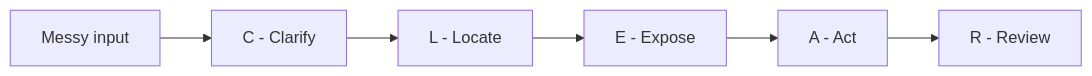
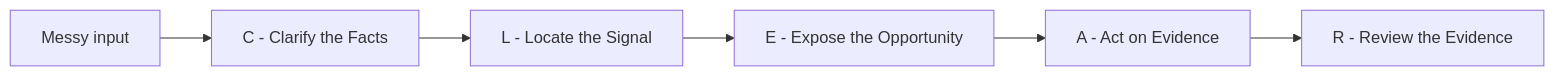
The diagram in README.md (fzfclee/signal-to-action-planner), drawn with Mermaid before and after one commit. The commit also changed other lines of this file and 7 other files, not shown here.

````diff
--- a/README.md
+++ b/README.md
@@ -22,8 +22,8 @@
 ```mermaid
 flowchart LR
-    A["Messy input"] --> C["C - Clarify"]
-    C --> L["L - Locate"]
-    L --> E["E - Expose"]
-    E --> ACT["A - Act"]
-    ACT --> R["R - Review"]
+    A["Messy input"] --> C["C - Clarify the Facts"]
+    C --> L["L - Locate the Signal"]
+    L --> E["E - Expose the Opportunity"]
+    E --> ACT["A - Act on Evidence"]
+    ACT --> R["R - Review the Evidence"]
 ```
````
